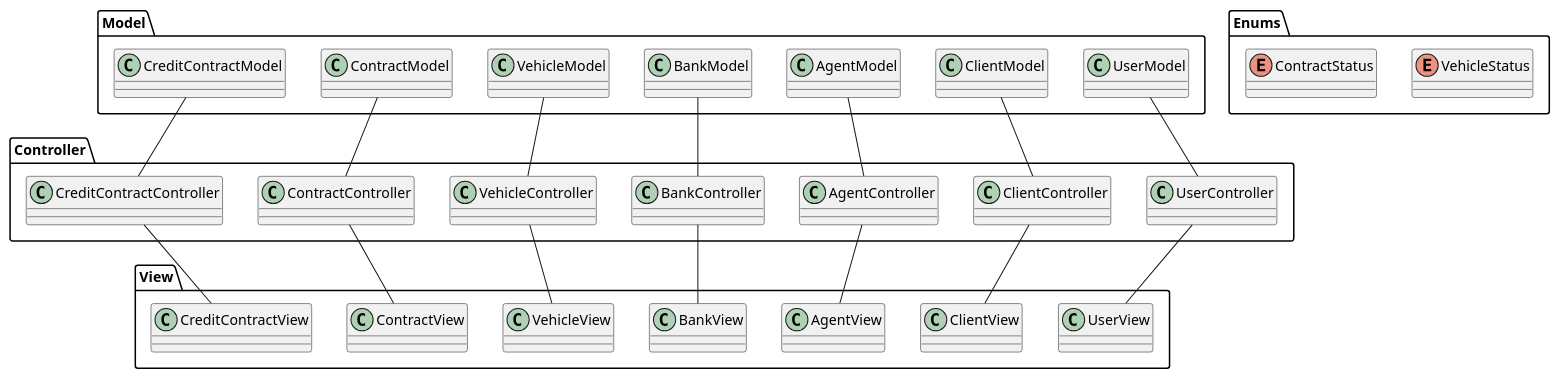
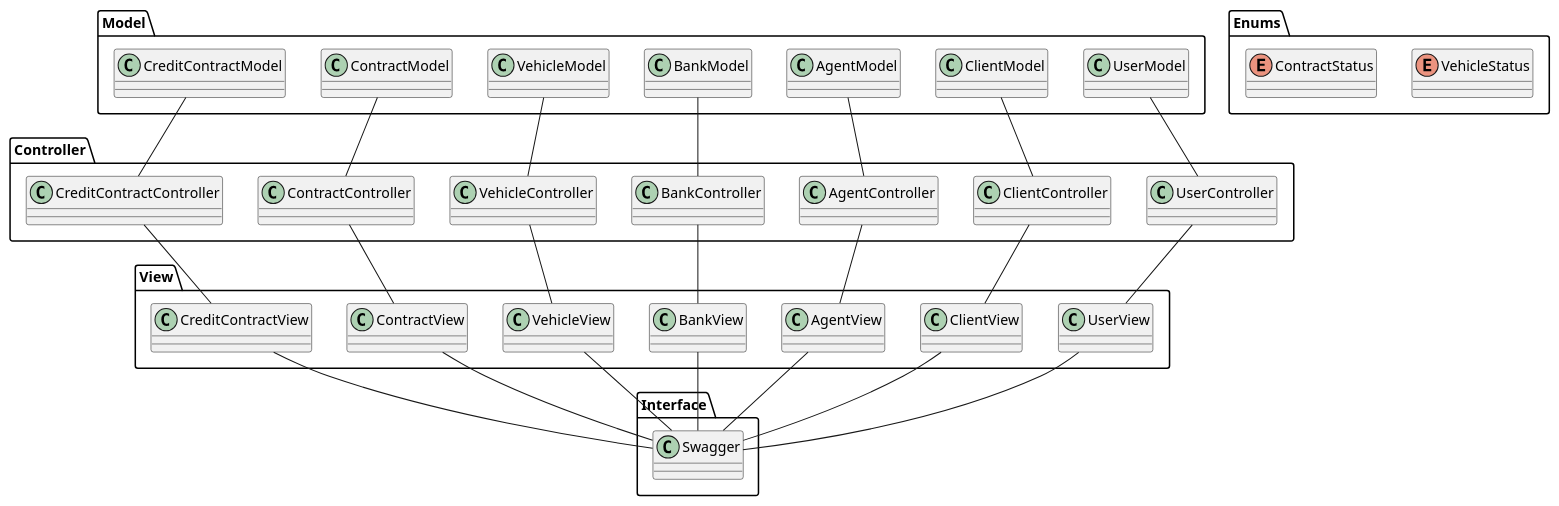
Before and after one commit to migueltico2/laboratorio-de-desenvolvimento-de-software: the diagram in projeto 2/project/packageDiagram.plantuml, drawn with PlantUML. The commit also changed 3 other files, not shown here.

Commit message:
feat: add diagrams

```diff
--- a/projeto 2/project/packageDiagram.plantuml
+++ b/projeto 2/project/packageDiagram.plantuml
@@ -1,59 +1,70 @@
 @startuml
 
 package Model {
     class UserModel
     class ClientModel
     class AgentModel
     class BankModel
     class VehicleModel
     class ContractModel
     class CreditContractModel
 }
 
 package Controller {
     class UserController
     class ClientController
     class AgentController
     class BankController
     class VehicleController
     class ContractController
     class CreditContractController
 }
 
 package View {
     class UserView
     class ClientView
     class AgentView
     class BankView
     class VehicleView
     class ContractView
     class CreditContractView
 }
 
+package Interface {
+    class Swagger
+}
+
 package Enums {
     enum VehicleStatus
     enum ContractStatus
 }
 
 UserModel -- UserController
 UserController -- UserView
+UserView -- Swagger
 
 ClientModel -- ClientController
 ClientController -- ClientView
+ClientView -- Swagger
 
 AgentModel -- AgentController
 AgentController -- AgentView
+AgentView -- Swagger
 
 BankModel -- BankController
 BankController -- BankView
+BankView -- Swagger
 
 VehicleModel -- VehicleController
 VehicleController -- VehicleView
+VehicleView -- Swagger
 
 ContractModel -- ContractController
 ContractController -- ContractView
+ContractView -- Swagger
 
 CreditContractModel -- CreditContractController
 CreditContractController -- CreditContractView
+CreditContractView -- Swagger
 
 @enduml
```
